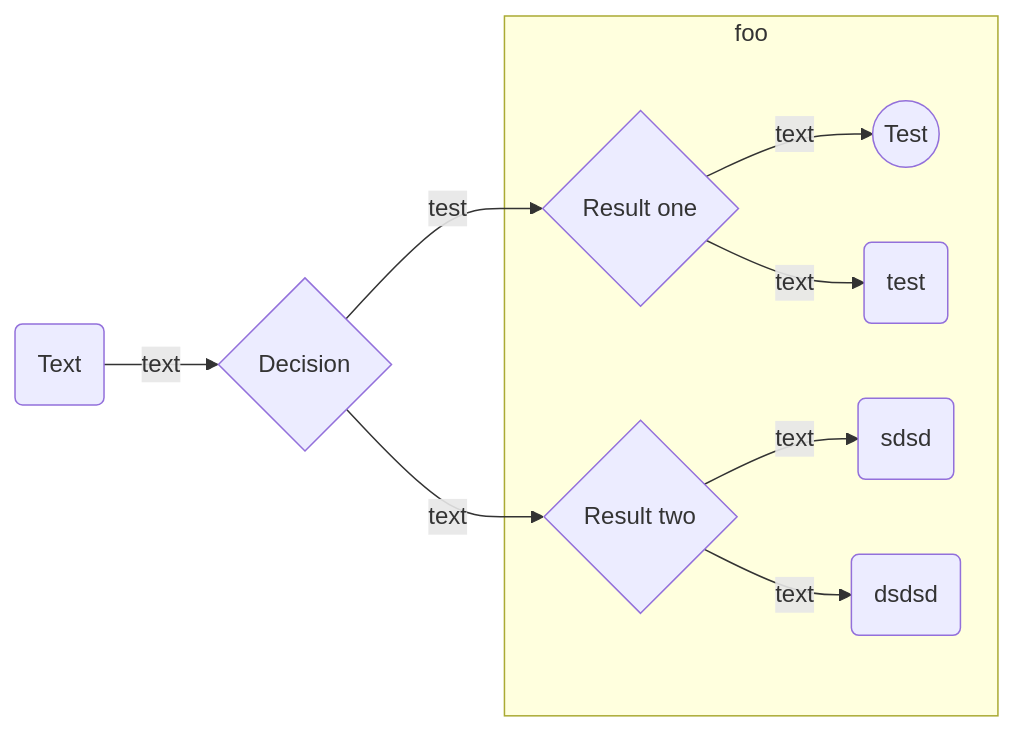
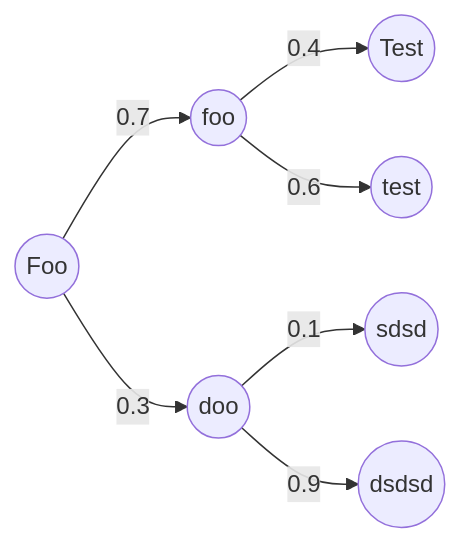
Before and after one commit to jkruppa/math: the diagram in probability-basic.qmd, drawn with Mermaid. The commit also changed 2 other files, not shown here.

Commit message:
added numers

````diff
--- a/probability-basic.qmd
+++ b/probability-basic.qmd
@@ -21,12 +21,9 @@
 ```{mermaid}
 graph LR
-  A(Text) -->|text| B{Decision}
-  B -- test --> C{Result one}
-  B -->|text| D{Result two}
-  subgraph title [foo]
-  C -->|text| E((Test))
-  C -->|text| F(test)
-  D -->|text| G(sdsd)
-  D -->|text| H(dsdsd)
-  end
+  B((Foo)) -- 0.7 --> C((foo))
+  B -->|0.3| D((doo))
+  C -->|0.4| E((Test))
+  C -->|0.6| F((test))
+  D -->|0.1| G((sdsd))
+  D -->|0.9| H((dsdsd))
 ```
````
